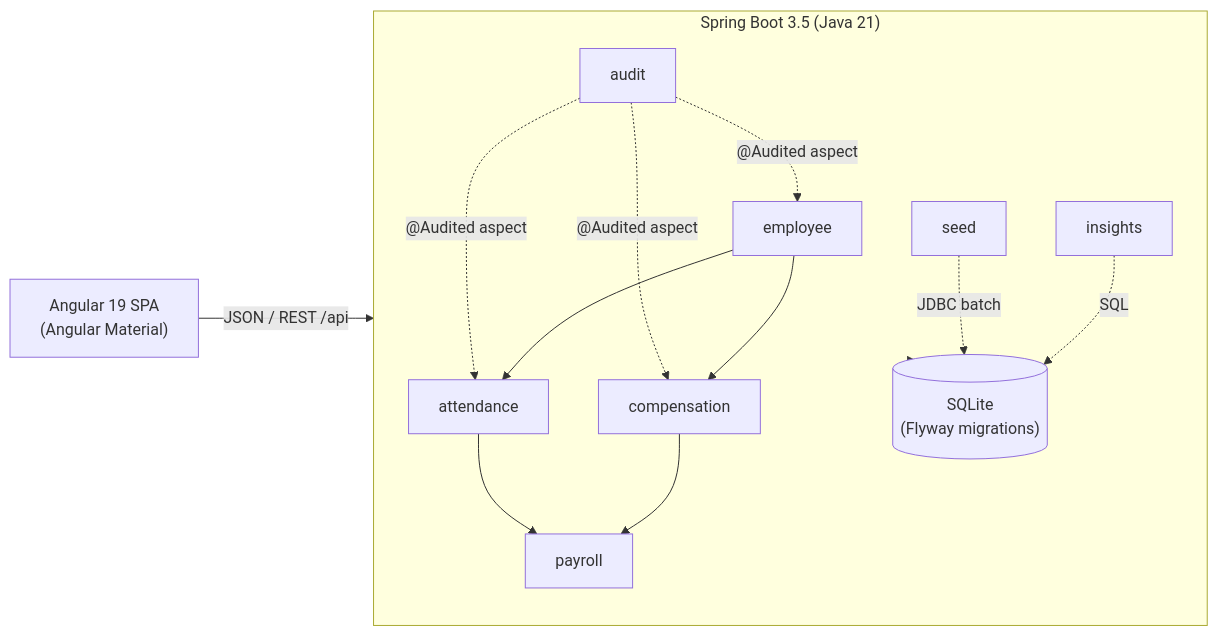
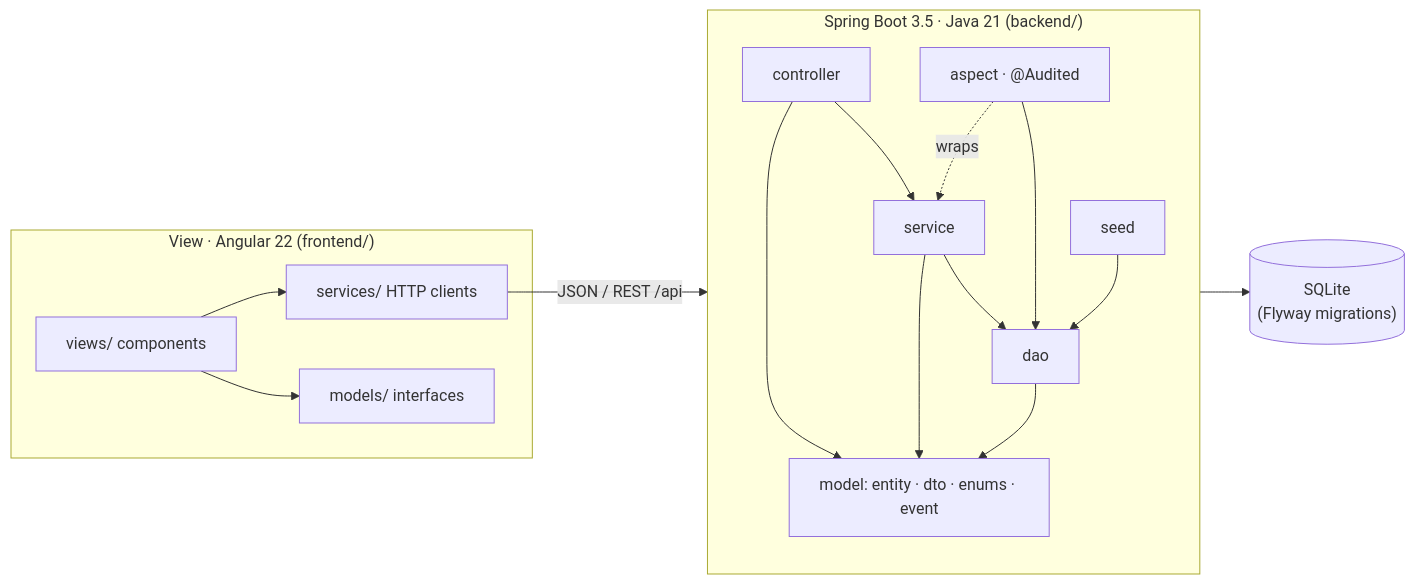
One commit to Manpreet272000/hr-salary-management-assessment changed the diagram in docs/ARCHITECTURE.md. Above: the diagram before and after it, drawn with Mermaid. The commit also changed other lines of this file and 3 other files, not shown here.

````diff
--- a/docs/ARCHITECTURE.md
+++ b/docs/ARCHITECTURE.md
@@ -5,15 +8,18 @@
 ```mermaid
 flowchart LR
-    UI["Angular 19 SPA<br/>(Angular Material)"] -- "JSON / REST /api" --> API
-    subgraph API["Spring Boot 3.5 (Java 21)"]
+    subgraph View["View · Angular 22 (frontend/)"]
+        V[views/ components] --> S2[services/ HTTP clients]
+        V --> M2[models/ interfaces]
+    end
+    S2 -- "JSON / REST /api" --> C
+    subgraph Backend["Spring Boot 3.5 · Java 21 (backend/)"]
         direction TB
-        E[employee] --> C[compensation]
-        E --> A[attendance]
-        C --> P[payroll]
-        A --> P
-        I[insights] -.SQL.-> DB
-        S[seed] -.JDBC batch.-> DB
-        AU[audit] -. "@Audited aspect" .-> E & C & A
+        C[controller] --> SV[service]
+        SV --> D[dao]
+        AS[aspect · @Audited] -.wraps.-> SV
+        AS --> D
+        SD[seed] --> D
+        C & SV & D --> MO[model: entity · dto · enums · event]
     end
-    API --> DB[("SQLite<br/>(Flyway migrations)")]
+    D --> DB[("SQLite<br/>(Flyway migrations)")]
 ```
````
